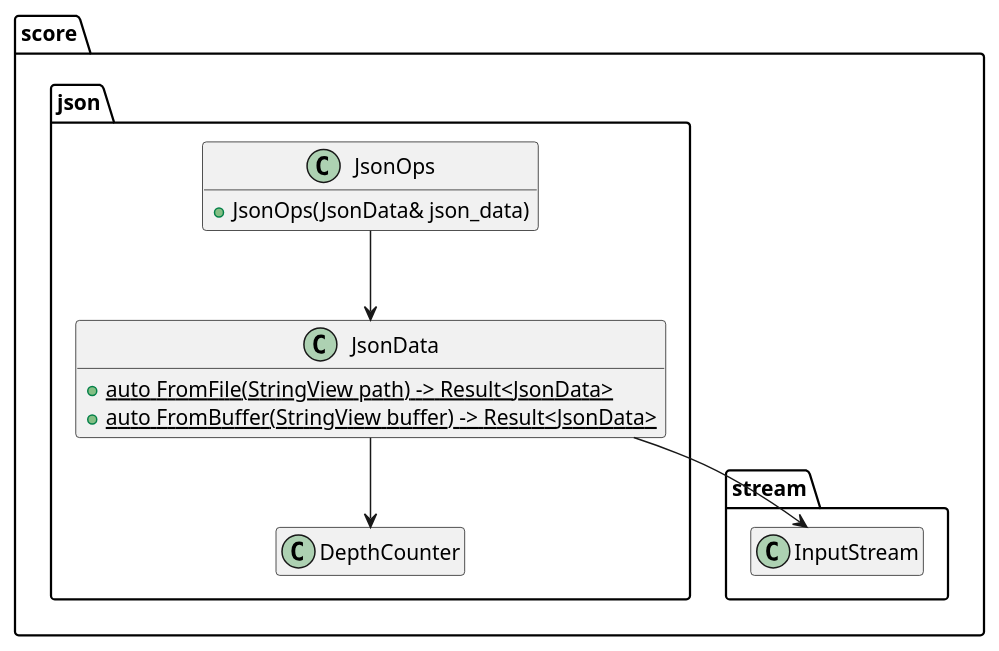
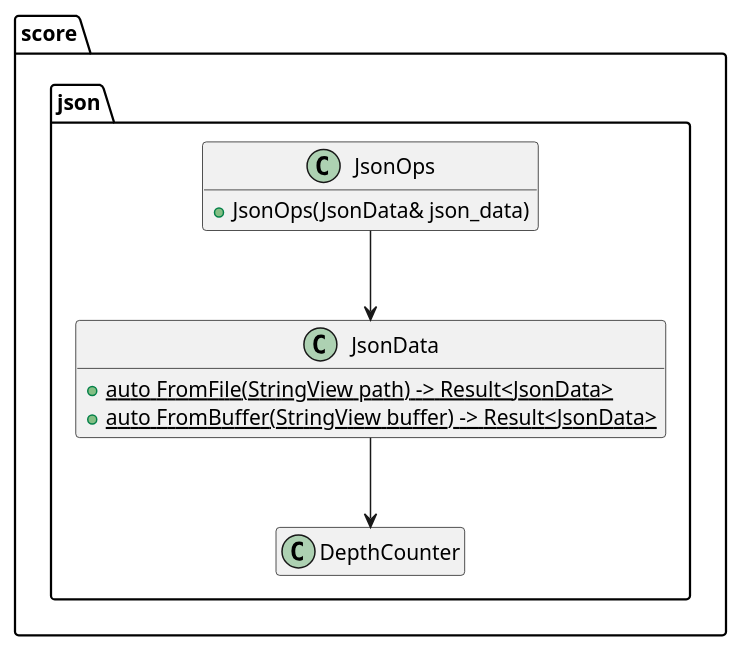
The second of 3 diagrams in score/json/docs/vajson/detailed_design/logical/Reader.rst (eclipse-score/baselibs), drawn with PlantUML before and after one commit. The commit also changed 11 other files, not shown here.

First line of the commit message:
json parser: parse vaJson documents from memory instead of a stream

```diff
--- a/score/json/docs/vajson/detailed_design/logical/Reader.rst
+++ b/score/json/docs/vajson/detailed_design/logical/Reader.rst
@@ -131,29 +131,25 @@
 .. uml::
 
     @startuml
     hide empty members
 
     package "score" {
-      package stream {
-        class InputStream {}
-      }
       package "json" {
         class JsonOps {
           + JsonOps(JsonData& json_data)
         }
 
         class JsonData {
           + {static} auto FromFile(StringView path) -> Result<JsonData>
           + {static} auto FromBuffer(StringView buffer) -> Result<JsonData>
         }
 
         class DepthCounter {}
       }
     }
 
     JsonOps --> JsonData
 
-    JsonData --> InputStream
     JsonData --> DepthCounter
 
     @enduml
```
